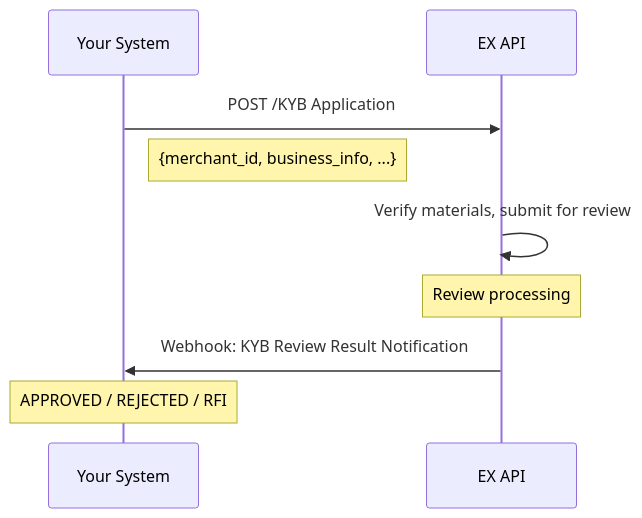
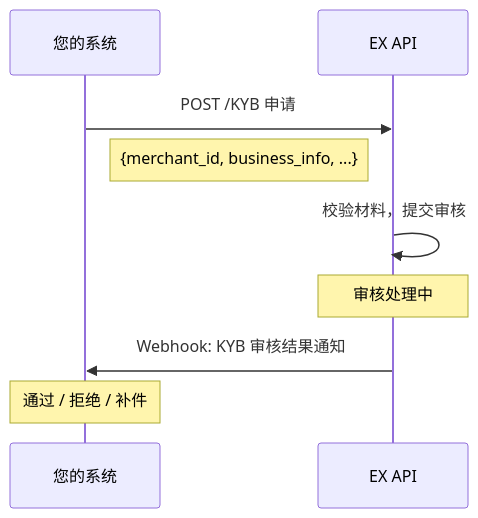
The fourth of 16 diagrams in Solutions/solutions/crypto-solutions-cn.md (xiaoxiaoangie/EX-NEW), drawn with Mermaid before and after one commit. The commit also changed other lines of this file and 36 other files, not shown here.

````diff
--- a/Solutions/solutions/crypto-solutions-cn.md
+++ b/Solutions/solutions/crypto-solutions-cn.md
@@ -206,12 +206,12 @@
 ```mermaid
 sequenceDiagram
-    participant You as Your System
+    participant You as 您的系统
     participant EX as EX API
 
-    You->>EX: POST /KYB Application
+    You->>EX: POST /KYB 申请
     Note right of You: {merchant_id, business_info, ...}
-    EX->>EX: Verify materials, submit for review
-    Note over EX: Review processing
-    EX->>You: Webhook: KYB Review Result Notification
-    Note over You: APPROVED / REJECTED / RFI
+    EX->>EX: 校验材料，提交审核
+    Note over EX: 审核处理中
+    EX->>You: Webhook: KYB 审核结果通知
+    Note over You: 通过 / 拒绝 / 补件
 ```
````
